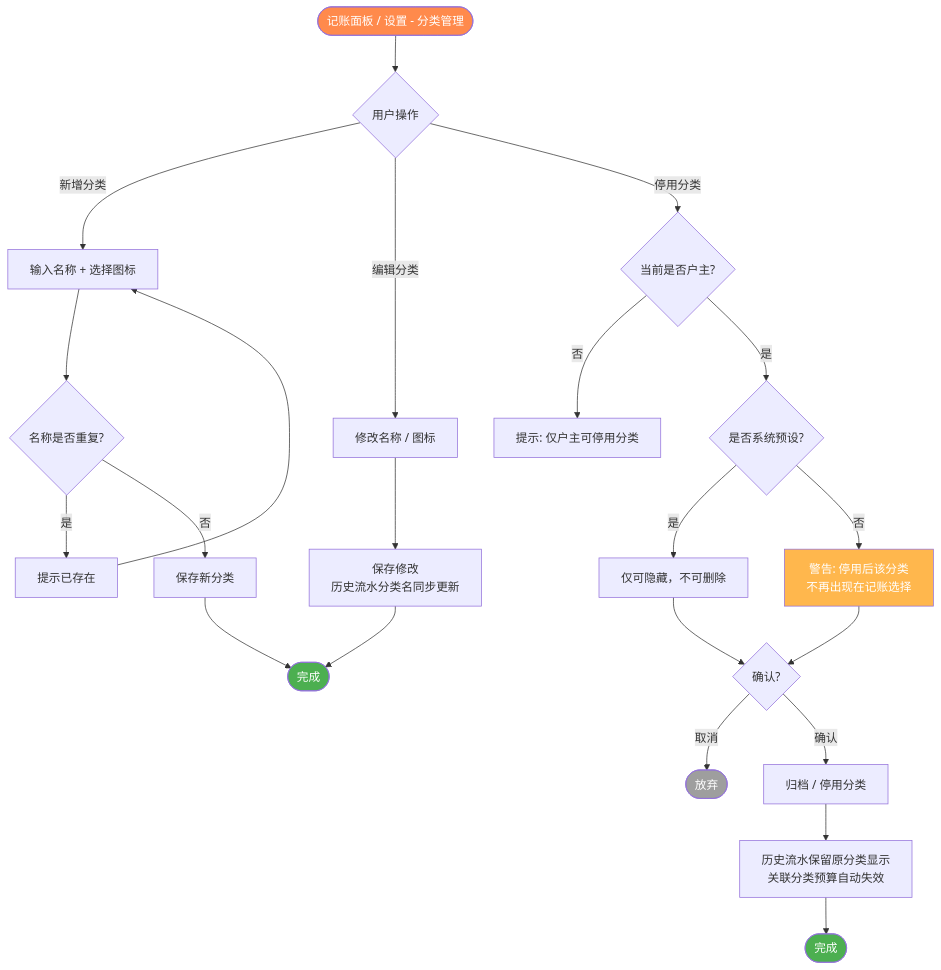
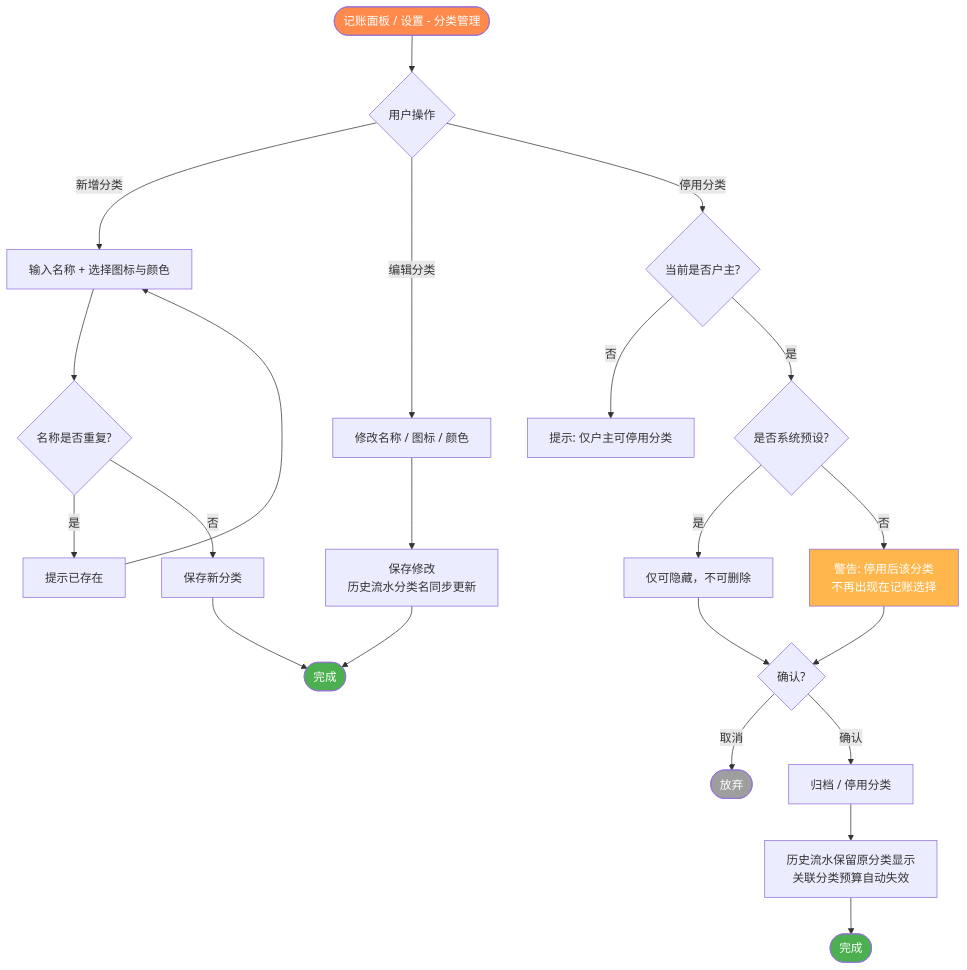
Before and after one commit to raochen0000/HomeBook: diagram 12 of 16 in docs/PRD.md, drawn with Mermaid. The commit also changed other lines of this file and 15 other files, not shown here.

Commit message:
feat: 分类图标背景支持自定义色

````diff
--- a/docs/PRD.md
+++ b/docs/PRD.md
@@ -1260,35 +1260,35 @@
 ```mermaid
 flowchart TD
     A([记账面板 / 设置 - 分类管理]) --> B{用户操作}
-    B -- 新增分类 --> C[输入名称 + 选择图标]
-    B -- 编辑分类 --> D[修改名称 / 图标]
+    B -- 新增分类 --> C[输入名称 + 选择图标与颜色]
+    B -- 编辑分类 --> D[修改名称 / 图标 / 颜色]
     B -- 停用分类 --> E{当前是否户主?}
 
     C --> C1{名称是否重复?}
     C1 -- 是 --> C1a[提示已存在]
     C1a --> C
     C1 -- 否 --> C2[保存新分类]
     C2 --> Z1([完成])
 
     D --> D1[保存修改<br/>历史流水分类名同步更新]
     D1 --> Z1
 
     E -- 否 --> E1[提示: 仅户主可停用分类]
     E -- 是 --> F{是否系统预设?}
     F -- 是 --> F1[仅可隐藏，不可删除]
     F -- 否 --> G[警告: 停用后该分类<br/>不再出现在记账选择]
 
     F1 --> H
     G --> H{确认?}
     H -- 取消 --> Z2([放弃])
     H -- 确认 --> I[归档 / 停用分类]
 
     I --> J[历史流水保留原分类显示<br/>关联分类预算自动失效]
     J --> Z3([完成])
 
     style A fill:#FF8A4C,color:#fff
     style Z1 fill:#4CAF50,color:#fff
     style Z2 fill:#9E9E9E,color:#fff
     style Z3 fill:#4CAF50,color:#fff
     style G fill:#FFB74D,color:#fff
 ```
````
